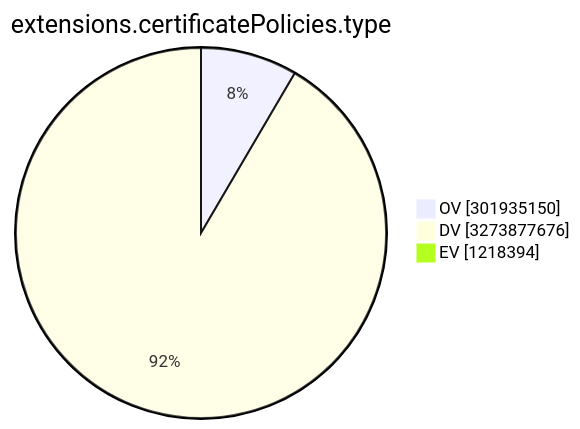
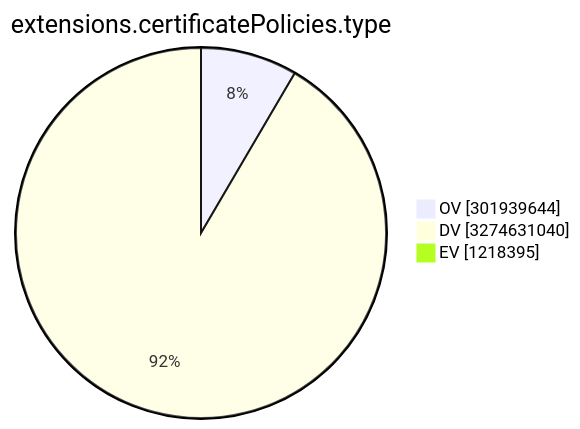
Before and after one commit to christiankrug/ctmonitor_visualization: the ninth of 15 diagrams in TOTAL/README.md, drawn with Mermaid. The commit also changed other lines of this file, not shown here.

````diff
--- a/TOTAL/README.md
+++ b/TOTAL/README.md
@@ -3107,7 +3107,7 @@
 ```mermaid
 pie showData
 title extensions.certificatePolicies.type
-"OV" :301935150
-"DV" :3273877676
-"EV" :1218394
+"OV" :301939644
+"DV" :3274631040
+"EV" :1218395
 ```
````
